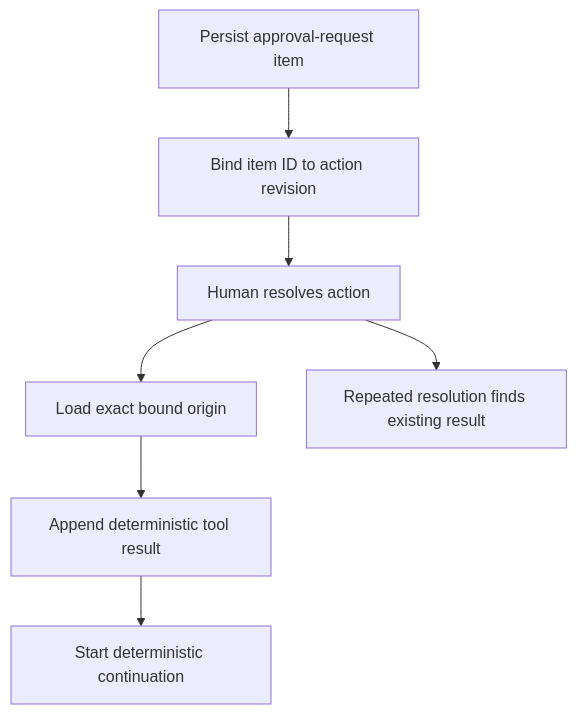
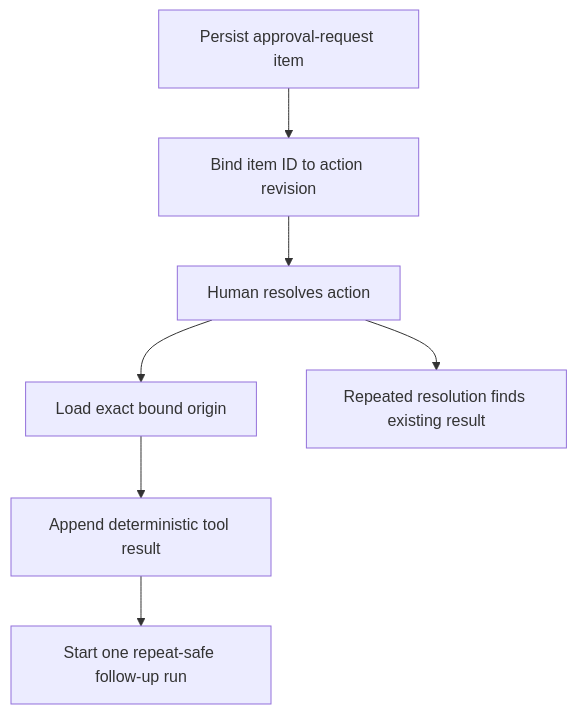
One commit to kpsuperplane/Noema changed the eighth of 29 diagrams in docs/superpowers/plans/2026-08-08-noema-practical-reliability-roadmap.md. Above: the diagram before and after it, drawn with Mermaid. The commit also changed other lines of this file, not shown here.

Commit message:
docs: make plain code the first roadmap phase

````diff
--- a/docs/superpowers/plans/2026-08-08-noema-practical-reliability-roadmap.md
+++ b/docs/superpowers/plans/2026-08-08-noema-practical-reliability-roadmap.md
@@ -200,13 +618,13 @@
 ```mermaid
 flowchart TD
     A["Persist approval-request item"]
     B["Bind item ID to action revision"]
     C["Human resolves action"]
     D["Load exact bound origin"]
     E["Append deterministic tool result"]
-    F["Start deterministic continuation"]
+    F["Start one repeat-safe follow-up run"]
     G["Repeated resolution finds existing result"]
 
     A --> B --> C --> D --> E --> F
     C --> G
 ```
````
